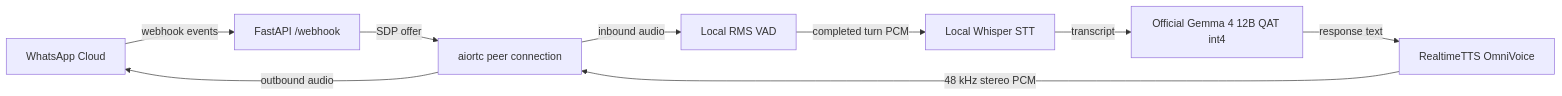
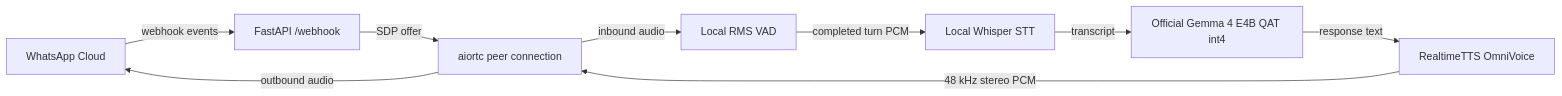
The first of 2 diagrams in README.md (nizarhaider/sl-chatbot), drawn with Mermaid before and after one commit. The commit also changed other lines of this file and 10 other files, not shown here.

````diff
--- a/README.md
+++ b/README.md
@@ -9,11 +9,11 @@
 ```mermaid
 flowchart LR
     WA[WhatsApp Cloud] -->|webhook events| API[FastAPI /webhook]
     API -->|SDP offer| RTC[aiortc peer connection]
     RTC -->|inbound audio| VAD[Local RMS VAD]
     VAD -->|completed turn PCM| ASR[Local Whisper STT]
-    ASR -->|transcript| LLM[Official Gemma 4 12B QAT int4]
+    ASR -->|transcript| LLM[Official Gemma 4 E4B QAT int4]
     LLM -->|response text| TTS[RealtimeTTS OmniVoice]
     TTS -->|48 kHz stereo PCM| RTC
     RTC -->|outbound audio| WA
 ```
````
